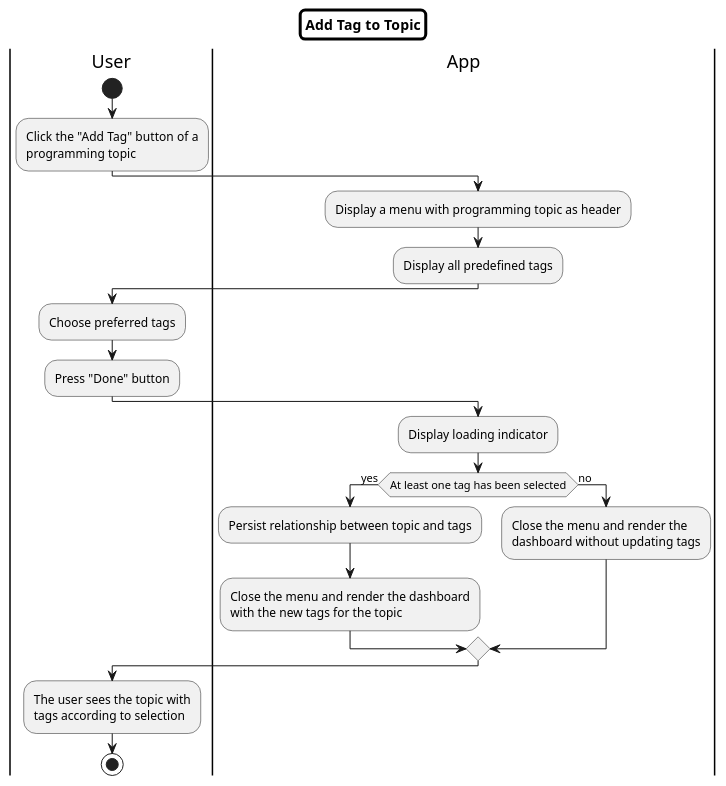
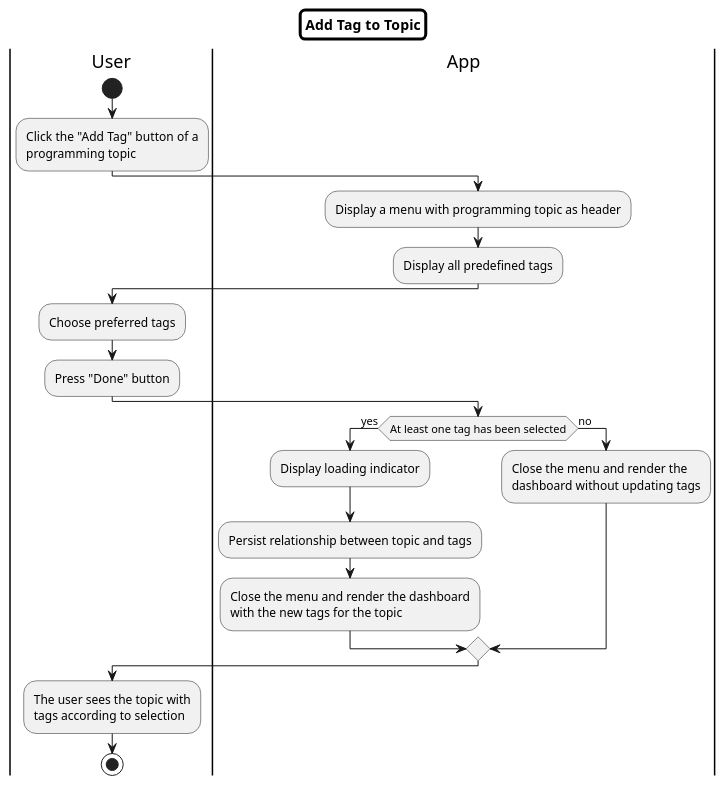
One commit to peter-gy/snip-man changed the diagram in docs/milestone-01/activities/add-tag-to-topic/add-tag-to-topic.md. Above: the diagram before and after it, drawn with PlantUML. The commit also changed 1 other file, not shown here.

Commit message:
docs(M1): add-new-snippet activity diagram

````diff
--- a/docs/milestone-01/activities/add-tag-to-topic/add-tag-to-topic.md
+++ b/docs/milestone-01/activities/add-tag-to-topic/add-tag-to-topic.md
@@ -1,38 +1,38 @@
 ```puml
 @startuml
 skinparam titleBorderRoundCorner 10
 skinparam titleBorderThickness 3
 skinparam titleBorderColor black
 title Add Tag to Topic
 
 |User|
 start
 :Click the "Add Tag" button of a 
 programming topic;
 
 |App|
 :Display a menu with programming topic as header;
 :Display all predefined tags;
 
 |User|
 :Choose preferred tags;
 :Press "Done" button;
 
 |App|
-:Display loading indicator;
 
 if (At least one tag has been selected) then (yes)
+    :Display loading indicator;
     :Persist relationship between topic and tags;
     :Close the menu and render the dashboard
     with the new tags for the topic;
 else (no)
     :Close the menu and render the
     dashboard without updating tags;
 endif
 
 |User|
 :The user sees the topic with 
 tags according to selection;
 stop
 @enduml
 ```
````
